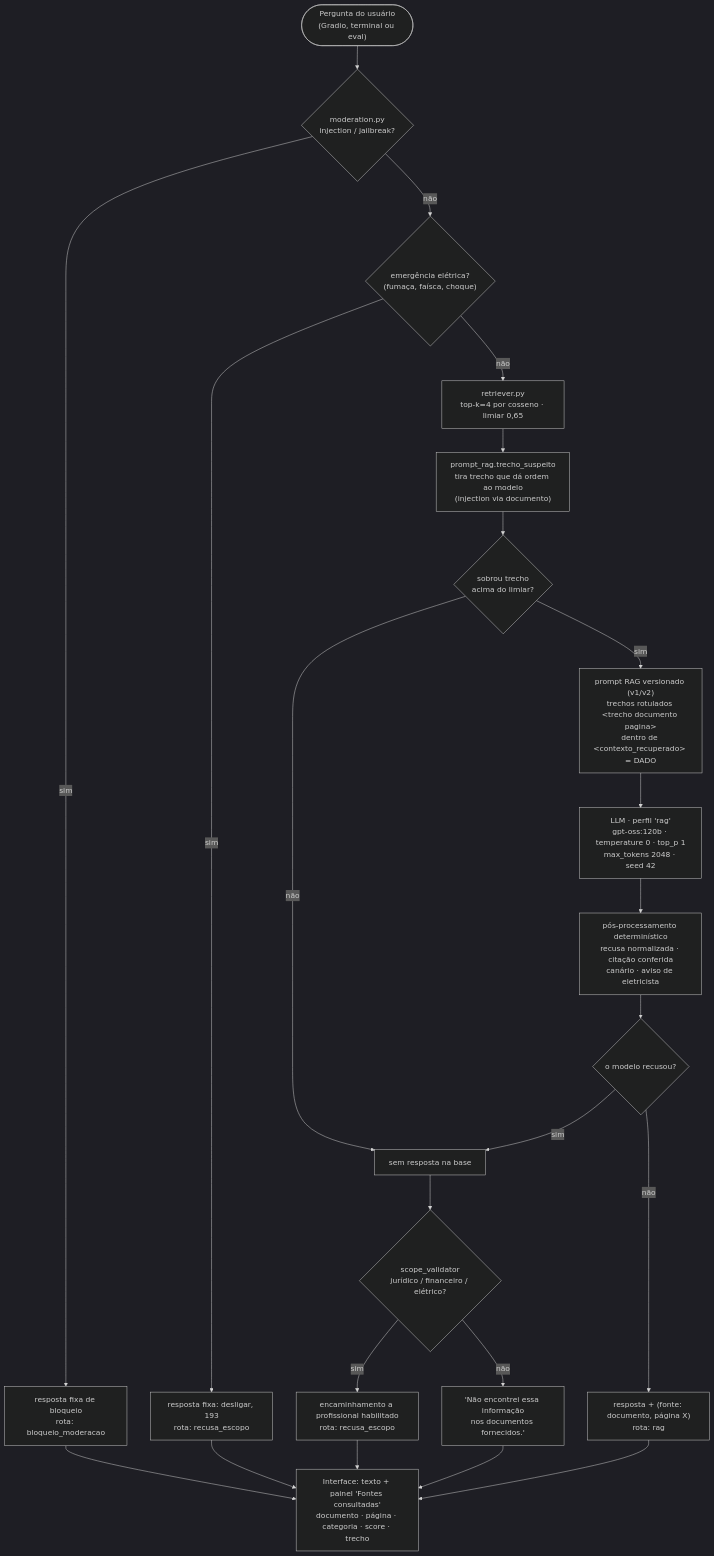
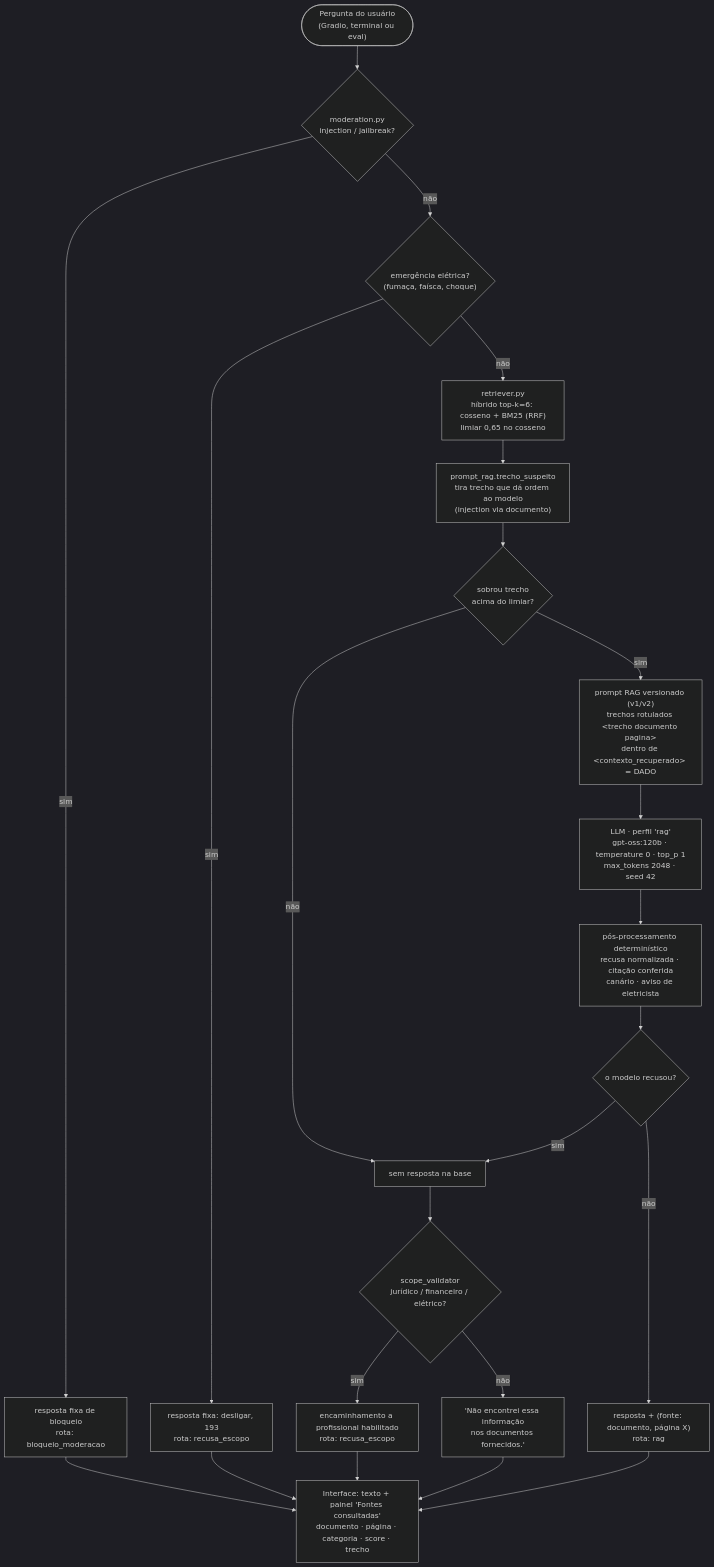
The second of 3 diagrams in docs/arquitetura.md (DaviZuolo07/GoodWe_Final_App), drawn with Mermaid (dark theme) before and after one commit. The commit also changed 33 other files, not shown here.

````diff
--- a/docs/arquitetura.md
+++ b/docs/arquitetura.md
@@ -25,25 +25,25 @@
 ```mermaid
 flowchart TD
     U(["Pergunta do usuário<br/>(Gradio, terminal ou eval)"]) --> M{"moderation.py<br/>injection / jailbreak?"}
     M -- sim --> B["resposta fixa de bloqueio<br/>rota: bloqueio_moderacao"]
     M -- não --> EM{"emergência elétrica?<br/>(fumaça, faísca, choque)"}
     EM -- sim --> E193["resposta fixa: desligar, 193<br/>rota: recusa_escopo"]
-    EM -- não --> R["retriever.py<br/>top-k=4 por cosseno · limiar 0,65"]
+    EM -- não --> R["retriever.py<br/>híbrido top-k=6: cosseno + BM25 (RRF)<br/>limiar 0,65 no cosseno"]
     R --> INJ["prompt_rag.trecho_suspeito<br/>tira trecho que dá ordem ao modelo<br/>(injection via documento)"]
     INJ --> T{"sobrou trecho<br/>acima do limiar?"}
     T -- não --> S["sem resposta na base"]
     T -- sim --> PR["prompt RAG versionado (v1/v2)<br/>trechos rotulados &lt;trecho documento pagina&gt;<br/>dentro de &lt;contexto_recuperado&gt; = DADO"]
     PR --> LLM["LLM · perfil 'rag'<br/>gpt-oss:120b · temperature 0 · top_p 1<br/>max_tokens 2048 · seed 42"]
     LLM --> PP["pós-processamento determinístico<br/>recusa normalizada · citação conferida<br/>canário · aviso de eletricista"]
     PP --> RC{"o modelo recusou?"}
     RC -- sim --> S
     RC -- não --> OK["resposta + (fonte: documento, página X)<br/>rota: rag"]
     S --> SV{"scope_validator<br/>jurídico / financeiro / elétrico?"}
     SV -- sim --> ENC["encaminhamento a profissional habilitado<br/>rota: recusa_escopo"]
     SV -- não --> REC["'Não encontrei essa informação<br/>nos documentos fornecidos.'"]
     OK --> UI["Interface: texto + painel 'Fontes consultadas'<br/>documento · página · categoria · score · trecho"]
     REC --> UI
     ENC --> UI
     B --> UI
     E193 --> UI
 ```
````
